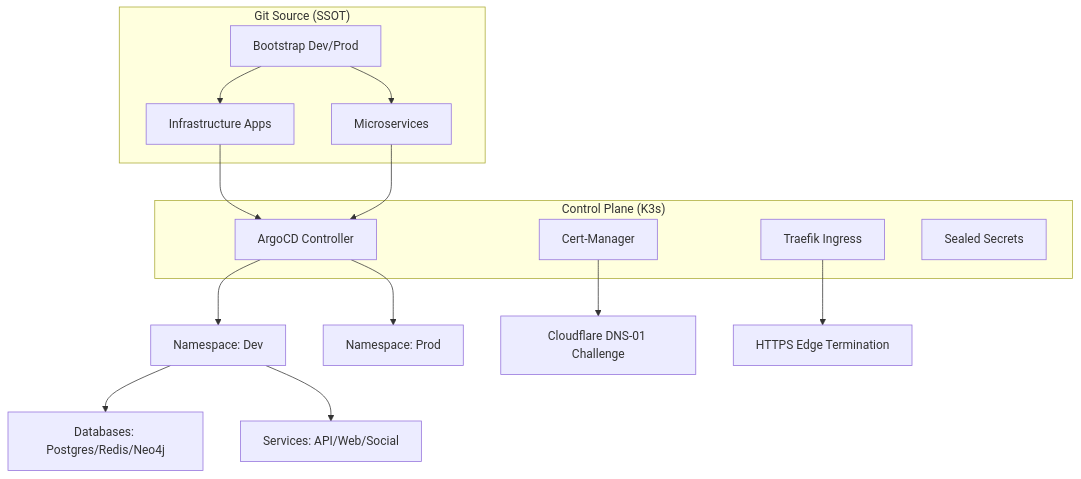
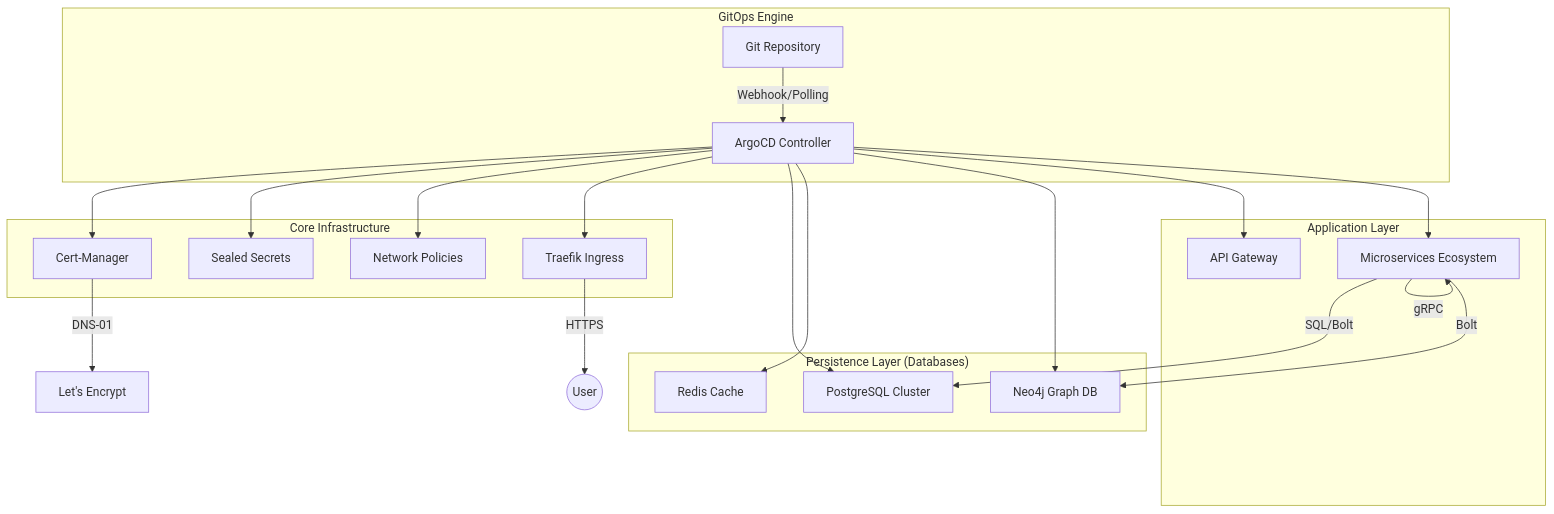
Before and after one commit to Volontariapp/deploy: the first of 3 diagrams in README.md, drawn with Mermaid. The commit also changed other lines of this file, not shown here.

Commit message:
docs: complete rewrite of README with comprehensive architecture details and Mermaid diagrams

````diff
--- a/README.md
+++ b/README.md
@@ -10,25 +16,30 @@
 ```mermaid
 graph TD
-    subgraph "Git Source (SSOT)"
-        A[Bootstrap Dev/Prod] --> B[Infrastructure Apps]
-        A --> C[Microservices]
+    subgraph "GitOps Engine"
+        Git[Git Repository] -- Webhook/Polling --> Argo[ArgoCD Controller]
     end
 
-    subgraph "Control Plane (K3s)"
-        D[ArgoCD Controller]
-        E[Cert-Manager]
-        F[Traefik Ingress]
-        G[Sealed Secrets]
+    subgraph "Core Infrastructure"
+        Argo --> CM[Cert-Manager]
+        Argo --> SS[Sealed Secrets]
+        Argo --> NP[Network Policies]
+        Argo --> TR[Traefik Ingress]
     end
 
-    B --> D
-    C --> D
-    D --> H[Namespace: Dev]
-    D --> I[Namespace: Prod]
-    
-    H --> J[Databases: Postgres/Redis/Neo4j]
-    H --> K[Services: API/Web/Social]
-    
-    E --> L[Cloudflare DNS-01 Challenge]
-    F --> M[HTTPS Edge Termination]
+    subgraph "Persistence Layer (Databases)"
+        Argo --> PG[PostgreSQL Cluster]
+        Argo --> RD[Redis Cache]
+        Argo --> NJ[Neo4j Graph DB]
+    end
+
+    subgraph "Application Layer"
+        Argo --> AG[API Gateway]
+        Argo --> MS[Microservices Ecosystem]
+    end
+
+    MS -- gRPC --> MS
+    MS -- SQL/Bolt --> PG
+    MS -- Bolt --> NJ
+    CM -- DNS-01 --> LE[Let's Encrypt]
+    TR -- HTTPS --> User((User))
 ```
````
